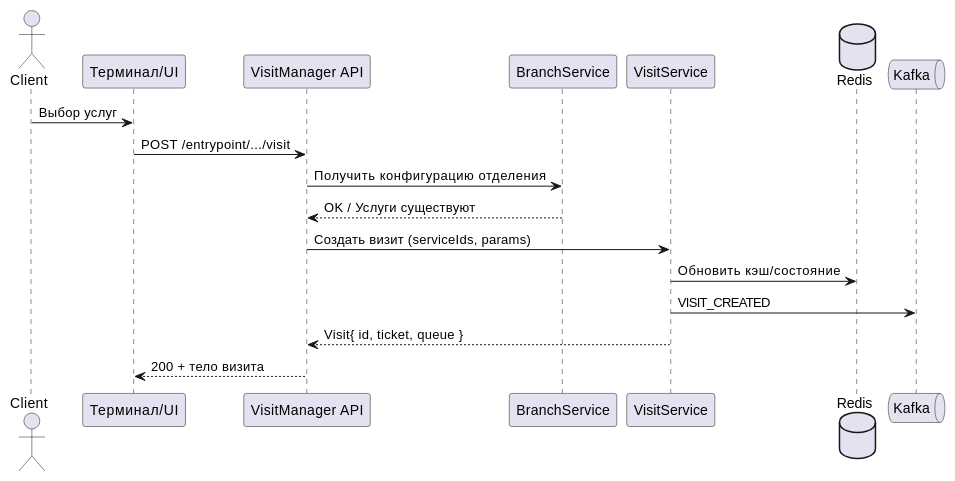
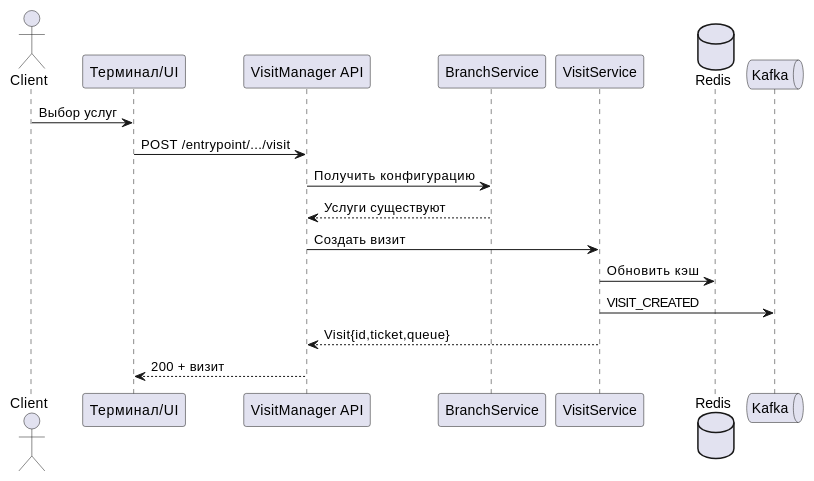
One commit to psokolov25/VisitManager changed the third of 3 diagrams in README.md. Above: the diagram before and after it, drawn with PlantUML. The commit also changed other lines of this file, not shown here.

Commit message:
docs: rewrite README with architecture and role instructions

````diff
--- a/README.md
+++ b/README.md
@@ -987,21 +232,20 @@
 ```plantuml
 @startuml
 actor Client
 participant UI as "Терминал/UI"
 participant API as "VisitManager API"
 participant Branch as "BranchService"
 participant Visit as "VisitService"
 database Redis
 queue Kafka
-
 Client -> UI: Выбор услуг
 UI -> API: POST /entrypoint/.../visit
-API -> Branch: Получить конфигурацию отделения
-Branch --> API: OK / Услуги существуют
-API -> Visit: Создать визит (serviceIds, params)
-Visit -> Redis: Обновить кэш/состояние
+API -> Branch: Получить конфигурацию
+Branch --> API: Услуги существуют
+API -> Visit: Создать визит
+Visit -> Redis: Обновить кэш
 Visit -> Kafka: VISIT_CREATED
-Visit --> API: Visit{ id, ticket, queue }
-API --> UI: 200 + тело визита
+Visit --> API: Visit{id,ticket,queue}
+API --> UI: 200 + визит
 @enduml
 ```
````
